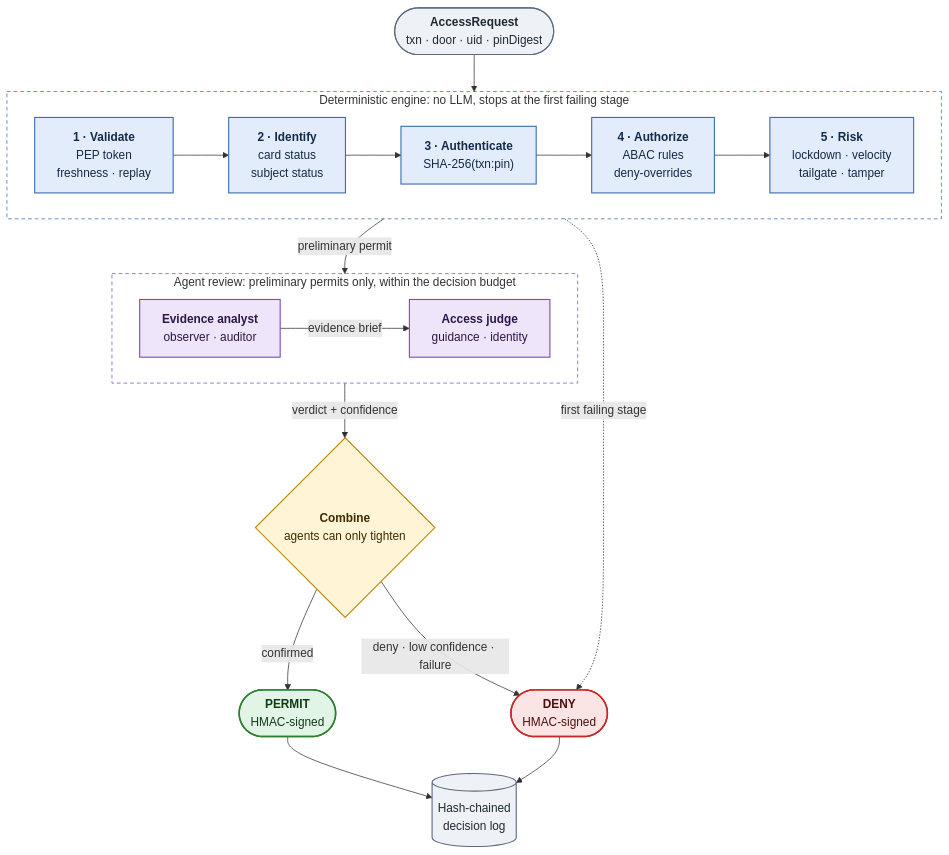
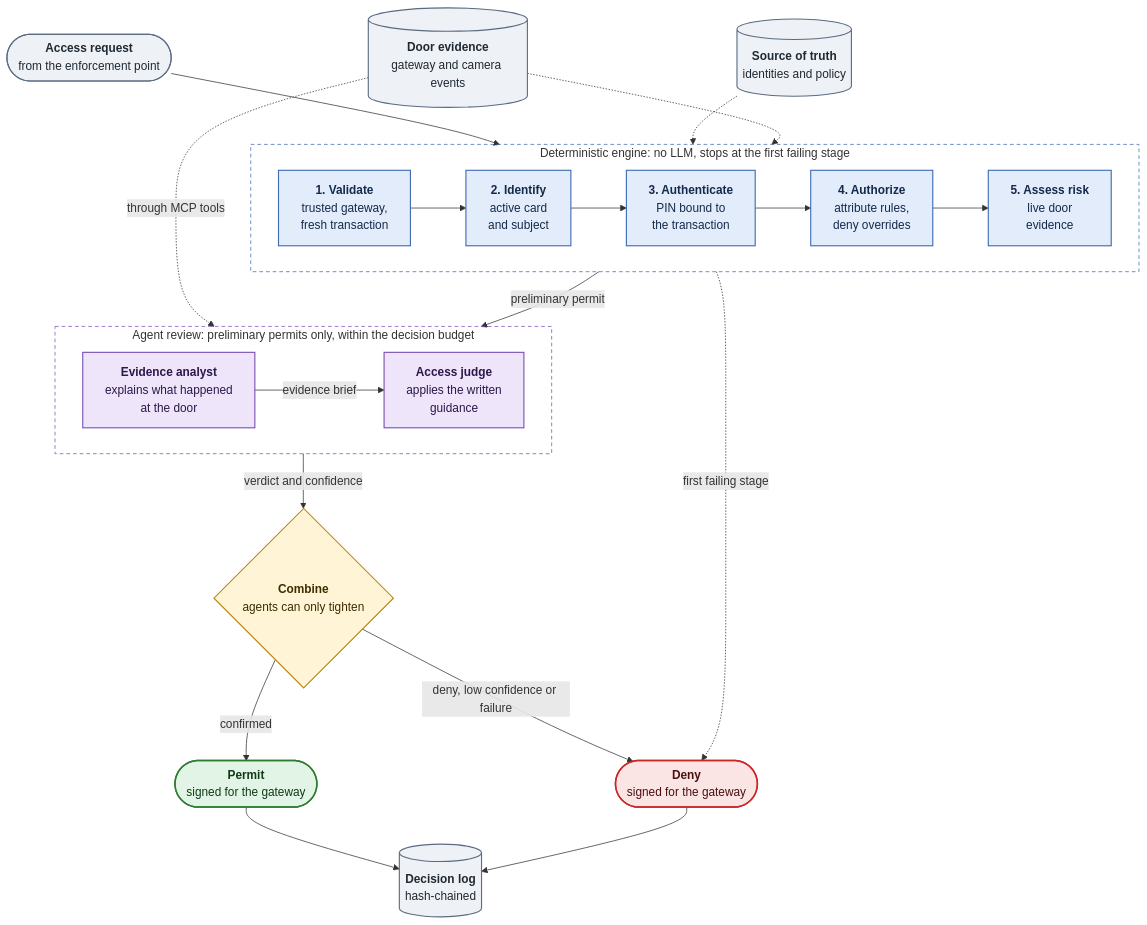
One commit to CICTHackathon/llm-access changed the second of 3 diagrams in README.md. Above: the diagram before and after it, drawn with Mermaid. The commit also changed other lines of this file, not shown here.

First line of the commit message:
docs: architecture-focused diagrams and clearer README order

````diff
--- a/README.md
+++ b/README.md
@@ -60,50 +128,55 @@
 ```mermaid
 flowchart TB
-    REQ(["<b>AccessRequest</b><br/>txn · door · uid · pinDigest"])
+    REQ(["<b>Access request</b><br/>from the enforcement point"])
+    SOT[("<b>Source of truth</b><br/>identities and policy")]
+    EVD[("<b>Door evidence</b><br/>gateway and camera events")]
 
     subgraph ENGINE["Deterministic engine: no LLM, stops at the first failing stage"]
         direction LR
-        V["<b>1 · Validate</b><br/>PEP token<br/>freshness · replay"]
-        I["<b>2 · Identify</b><br/>card status<br/>subject status"]
-        A["<b>3 · Authenticate</b><br/>SHA-256(txn:pin)"]
-        Z["<b>4 · Authorize</b><br/>ABAC rules<br/>deny-overrides"]
-        K["<b>5 · Risk</b><br/>lockdown · velocity<br/>tailgate · tamper"]
+        V["<b>1. Validate</b><br/>trusted gateway,<br/>fresh transaction"]
+        I["<b>2. Identify</b><br/>active card<br/>and subject"]
+        A["<b>3. Authenticate</b><br/>PIN bound to<br/>the transaction"]
+        Z["<b>4. Authorize</b><br/>attribute rules,<br/>deny overrides"]
+        K["<b>5. Assess risk</b><br/>live door<br/>evidence"]
         V --> I --> A --> Z --> K
     end
 
     subgraph AGENTS["Agent review: preliminary permits only, within the decision budget"]
         direction LR
-        EA["<b>Evidence analyst</b><br/>observer · auditor"]
-        AJ["<b>Access judge</b><br/>guidance · identity"]
+        EA["<b>Evidence analyst</b><br/>explains what happened<br/>at the door"]
+        AJ["<b>Access judge</b><br/>applies the written<br/>guidance"]
         EA -->|evidence brief| AJ
     end
 
     C{"<b>Combine</b><br/>agents can only tighten"}
-    P(["<b>PERMIT</b><br/>HMAC-signed"])
-    D(["<b>DENY</b><br/>HMAC-signed"])
-    LOG[("Hash-chained<br/>decision log")]
+    P(["<b>Permit</b><br/>signed for the gateway"])
+    D(["<b>Deny</b><br/>signed for the gateway"])
+    LOG[("<b>Decision log</b><br/>hash-chained")]
 
     REQ --> ENGINE
+    SOT -.-> ENGINE
+    EVD -.-> ENGINE
+    EVD -.->|through MCP tools| AGENTS
     ENGINE -->|preliminary permit| AGENTS
-    AGENTS -->|verdict + confidence| C
+    AGENTS -->|verdict and confidence| C
     ENGINE -.->|first failing stage| D
     C -->|confirmed| P
-    C -->|deny · low confidence · failure| D
+    C -->|deny, low confidence or failure| D
     P --> LOG
     D --> LOG
 
     classDef io fill:#eef1f5,stroke:#5b6b80,color:#1f2933,stroke-width:1.5px
     classDef stage fill:#e3ecfa,stroke:#3d6bb3,color:#132a4a,stroke-width:1.5px
     classDef agent fill:#efe5fb,stroke:#7a4fb5,color:#2c1748,stroke-width:1.5px
     classDef gate fill:#fff4d6,stroke:#b8860b,color:#3d2c00,stroke-width:1.5px
     classDef permit fill:#e2f4e6,stroke:#2e7d32,color:#103a17,stroke-width:2px
     classDef deny fill:#fbe4e4,stroke:#c62828,color:#4a1010,stroke-width:2px
-    class REQ,LOG io
+    class REQ,SOT,EVD,LOG io
     class V,I,A,Z,K stage
     class EA,AJ agent
     class C gate
     class P permit
     class D deny
     style ENGINE fill:transparent,stroke:#3d6bb3,stroke-dasharray:5 4
     style AGENTS fill:transparent,stroke:#7a4fb5,stroke-dasharray:5 4
 ```
````
